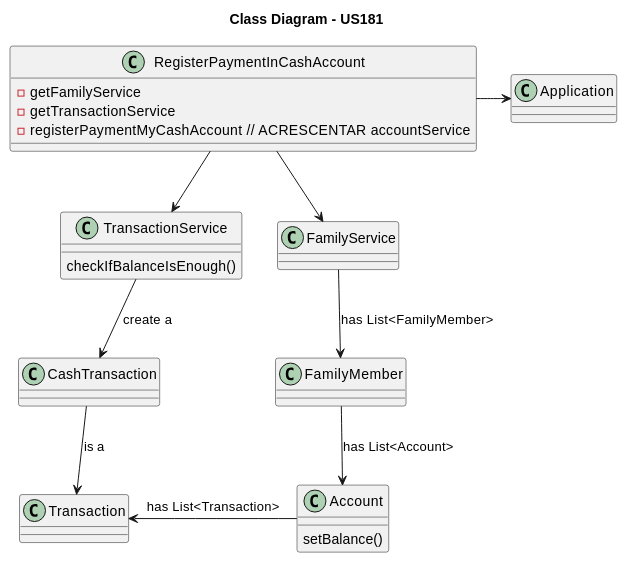
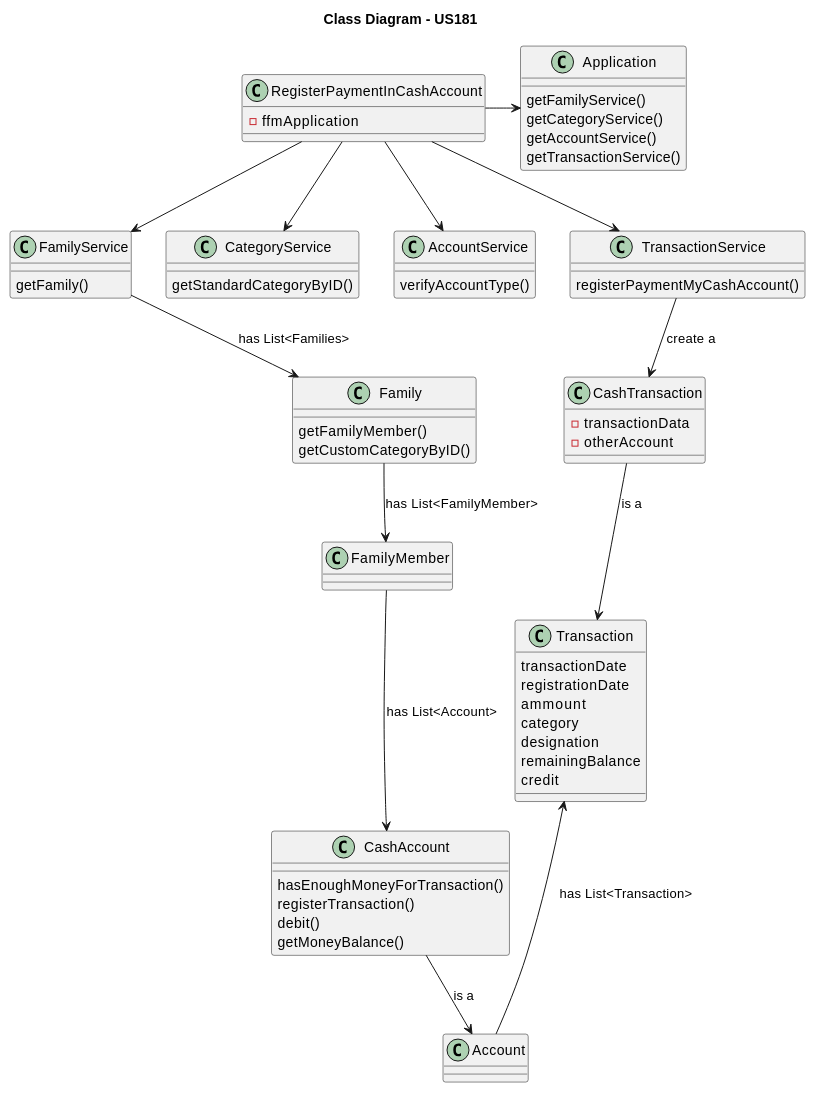
One commit to tomas-osswald/switch_2020_g3 changed the fifth of 5 diagrams in docs/sprint2/user_stories/US181_RegisterPaymentMyCashAccount.md. Above: the diagram before and after it, drawn with PlantUML. The commit also changed other lines of this file and 6 other files, not shown here.

````diff
--- a/docs/sprint2/user_stories/US181_RegisterPaymentMyCashAccount.md
+++ b/docs/sprint2/user_stories/US181_RegisterPaymentMyCashAccount.md
@@ -220,42 +223,74 @@
 ```puml
 
 title Class Diagram - US181
 
 class RegisterPaymentInCashAccount {
-- getFamilyService
-- getTransactionService
-- registerPaymentMyCashAccount    // ACRESCENTAR accountService
+- ffmApplication
 }
 
 class Application {
-}
-
-class TransactionService {
-checkIfBalanceIsEnough()
+getFamilyService()
+getCategoryService()
+getAccountService()
+getTransactionService()
 }
 
 class FamilyService {
+getFamily()
+}
+
+class Family {
+getFamilyMember()
+getCustomCategoryByID()
 }
    
 class FamilyMember {
 }
 
-class Account{
-setBalance()
+class CategoryService {
+getStandardCategoryByID()
+}
+
+class AccountService {
+verifyAccountType()
+}
+
+class TransactionService {
+registerPaymentMyCashAccount()
+}
+
+class CashAccount{
+hasEnoughMoneyForTransaction()
+registerTransaction()
+debit()
+getMoneyBalance()
 }
 
 class Transaction {
+transactionDate
+registrationDate
+ammount
+category
+designation
+remainingBalance
+credit
 }
 
 class CashTransaction {
+- transactionData
+- otherAccount
 }
 
 RegisterPaymentInCashAccount  -> Application
 RegisterPaymentInCashAccount  -down-> FamilyService
 RegisterPaymentInCashAccount  -down-> TransactionService
+RegisterPaymentInCashAccount --> CategoryService
+RegisterPaymentInCashAccount --> AccountService
 TransactionService -down-> CashTransaction : create a
-FamilyService --> FamilyMember : has List<FamilyMember>
-FamilyMember --> Account : has List<Account>
+FamilyService --> Family : has List<Families>
+Family --> FamilyMember : has List<FamilyMember>
+FamilyMember --> CashAccount : has List<Account>
+CashAccount --> Account : is a
 Account -left-> Transaction : has List<Transaction>
 CashTransaction -down-> Transaction : is a
 ```
````
